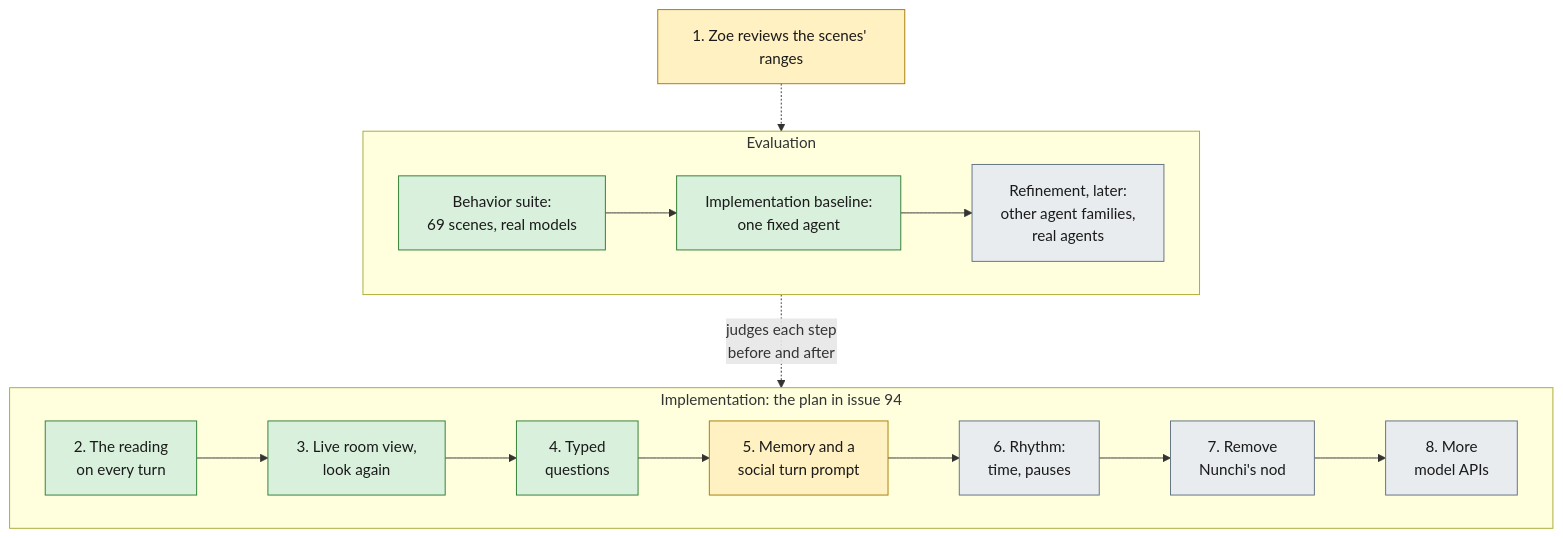
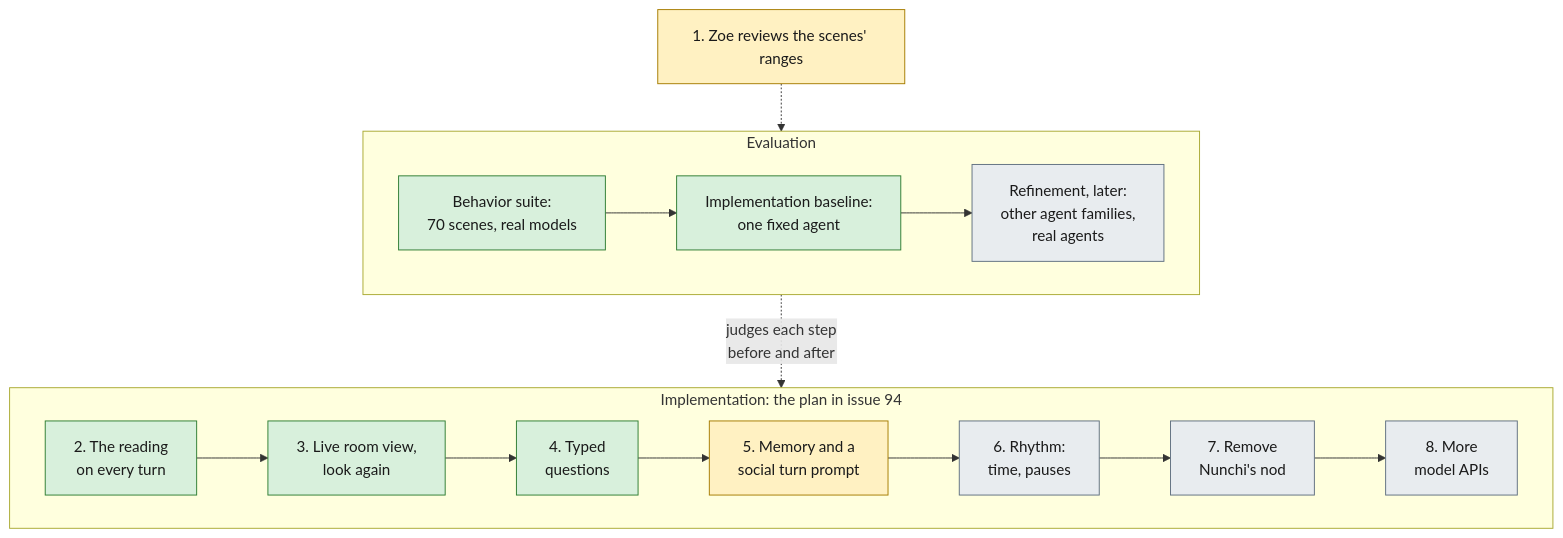
The third of 3 diagrams in README.md (mentatzoe/nunchi), drawn with Mermaid before and after one commit. The commit also changed 25 other files, not shown here.

````diff
--- a/README.md
+++ b/README.md
@@ -85,27 +85,27 @@
 ```mermaid
 flowchart TB
     classDef done fill:#d8f0dc,stroke:#2e7d32,color:#1a1a1a
     classDef next fill:#fff1c2,stroke:#a67c00,color:#1a1a1a
     classDef later fill:#e8ecef,stroke:#607080,color:#1a1a1a
     subgraph build["Implementation: the plan in issue 94"]
         direction LR
         p2["2. The reading<br/>on every turn"]:::done
         p3["3. Live room view,<br/>look again"]:::done
         p4["4. Typed<br/>questions"]:::done
         p5["5. Memory and a<br/>social turn prompt"]:::next
         p6["6. Rhythm:<br/>time, pauses"]:::later
         p7["7. Remove<br/>Nunchi's nod"]:::later
         p8["8. More<br/>model APIs"]:::later
         p2 --> p3 --> p4 --> p5 --> p6 --> p7 --> p8
     end
     subgraph measure["Evaluation"]
         direction LR
-        e1["Behavior suite:<br/>69 scenes, real models"]:::done
+        e1["Behavior suite:<br/>70 scenes, real models"]:::done
         e2["Implementation baseline:<br/>one fixed agent"]:::done
         e3["Refinement, later:<br/>other agent families,<br/>real agents"]:::later
         e1 --> e2 --> e3
     end
     p1["1. Zoe reviews the scenes' ranges"]:::next
     p1 -.-> measure
     measure -. "judges each step<br/>before and after" .-> build
 ```
````
